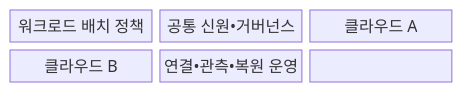
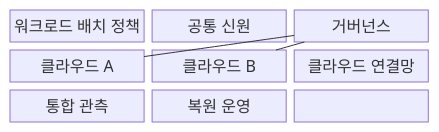
The first of 2 diagrams in src/content/docs/notes/08-latest-tech/180_multi_cloud.md (agnusdei1207/knowledge-base), drawn with Mermaid before and after one commit. The commit also changed other lines of this file and 20 other files, not shown here.

````diff
--- a/src/content/docs/notes/08-latest-tech/180_multi_cloud.md
+++ b/src/content/docs/notes/08-latest-tech/180_multi_cloud.md
@@ -67,11 +70,17 @@
 ```mermaid
 block-beta
   columns 3
   N0["워크로드 배치 정책"]
-  N1["공통 신원•거버넌스"]
+  N1["공통 신원"]
+  N5["거버넌스"]
   N2["클라우드 A"]
   N3["클라우드 B"]
-  N4["연결•관측•복원 운영"]
-  N0 --- N1 --- N2
-  N2 --- N3 --- N4
+  N4["클라우드 연결망"]
+  N6["통합 관측"]
+  N7["복원 운영"]
+  N0 --- N1 --- N5
+  N5 --- N2
+  N5 --- N3
+  N2 --- N4 --- N3
+  N4 --- N6 --- N7
 ```
````
